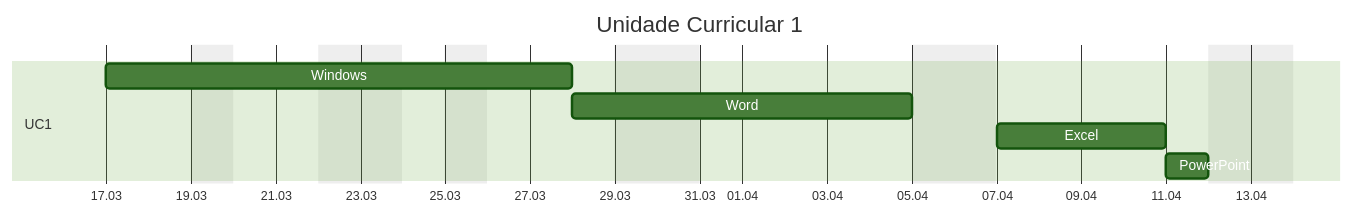
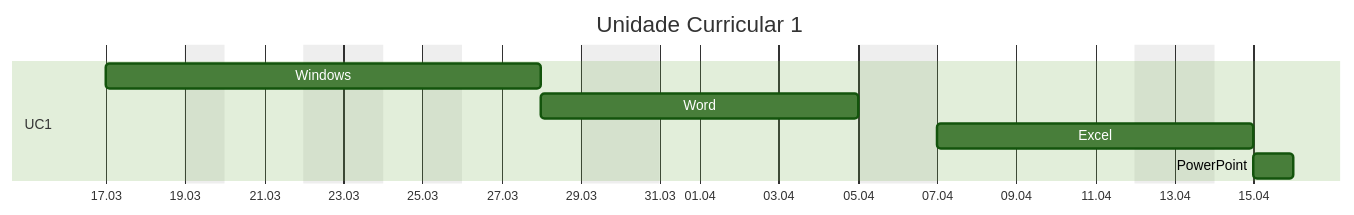
Before and after one commit to jocile/digitalgarden: the diagram in src/site/notes/Assistente-de-TI.md, drawn with Mermaid (forest theme). The commit also changed other lines of this file and 1 other file, not shown here.

````diff
--- a/src/site/notes/Assistente-de-TI.md
+++ b/src/site/notes/Assistente-de-TI.md
@@ -38,12 +38,13 @@
 ```mermaid
 gantt
      title Unidade Curricular 1
-     excludes Sat - Sun weekends, 19:03, 25:03
+     tickInterval 2day
+     excludes Saturday, Sunday, 19:03, 25:03
      dateFormat DD:MM
      axisFormat %d.%m
      section UC1
          Windows :a1, 17:03, 7d
          Word :a2,after a1, 6d
-         Excel :a3, after a2, 4d
+         Excel :a3, after a2, 6d
          PowerPoint :a4, after a3, 1d
 ```
````
